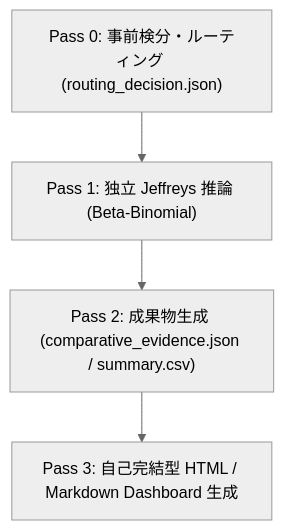
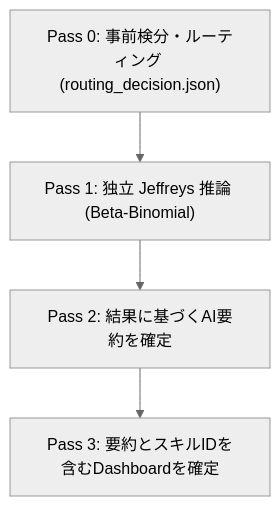
The diagram in .agents/skills/vcd-categorical-reporting/SKILL.md (syrius2000/agentic-evidence-analysis), drawn with Mermaid (neutral theme) before and after one commit. The commit also changed other lines of this file and 20 other files, not shown here.

Commit message:
feat: include reviewed summary in comparative dashboards

````diff
--- a/.agents/skills/vcd-categorical-reporting/SKILL.md
+++ b/.agents/skills/vcd-categorical-reporting/SKILL.md
@@ -39,6 +39,6 @@
 ```mermaid
 flowchart TD
   p0["Pass 0: 事前検分・ルーティング (routing_decision.json)"] --> p1["Pass 1: 独立 Jeffreys 推論 (Beta-Binomial)"]
-  p1 --> p2["Pass 2: 成果物生成 (comparative_evidence.json / summary.csv)"]
-  p2 --> p3["Pass 3: 自己完結型 HTML / Markdown Dashboard 生成"]
+  p1 --> p2["Pass 2: 結果に基づくAI要約を確定"]
+  p2 --> p3["Pass 3: 要約とスキルIDを含むDashboardを確定"]
 ```
````
